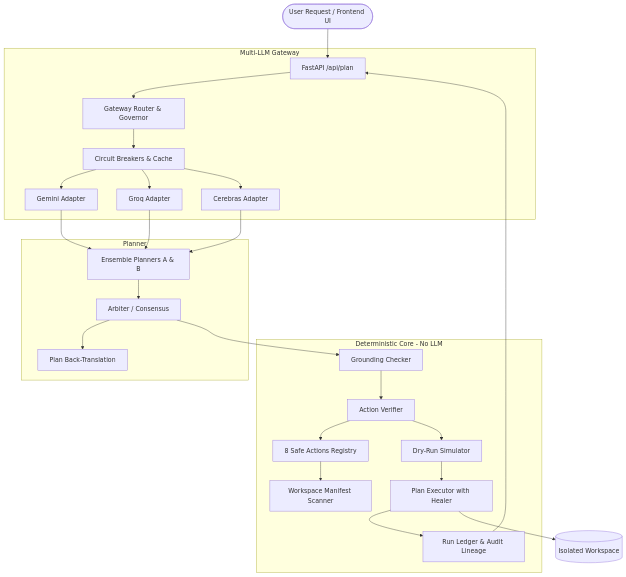
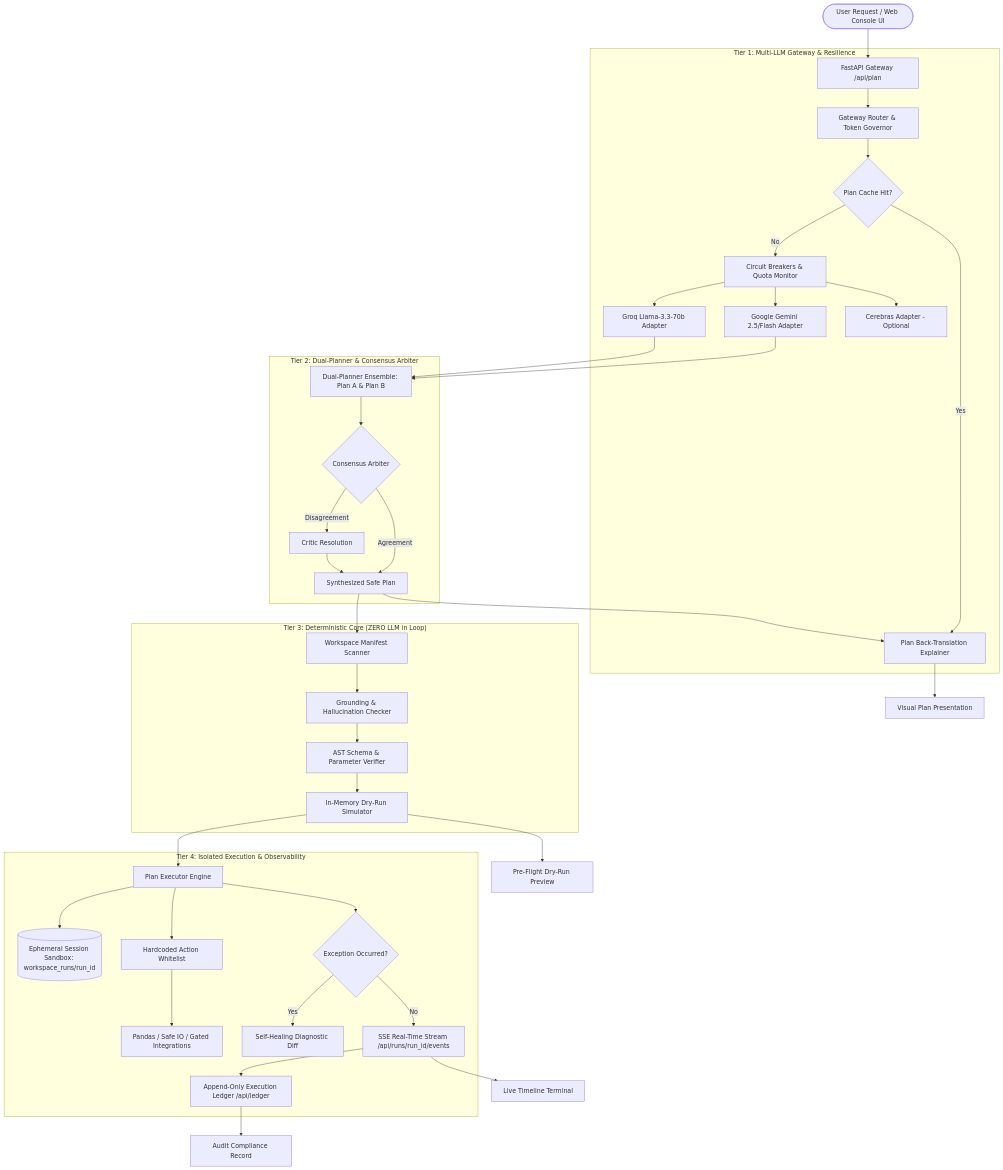
One commit to Davish-code/Hacktober-Fest changed the diagram in README.md. Above: the diagram before and after it, drawn with Mermaid. The commit also changed other lines of this file, not shown here.

````diff
--- a/README.md
+++ b/README.md
@@ -12,31 +85,46 @@
 ```mermaid
 flowchart TD
-    User([User Request / Frontend UI]) --> API[FastAPI /api/plan]
+    User([User Request / Web Console UI]) --> API[FastAPI Gateway /api/plan]
     
-    subgraph Multi-LLM Gateway
-        API --> Router[Gateway Router & Governor]
-        Router --> Breaker[Circuit Breakers & Cache]
-        Breaker --> Gemini[Gemini Adapter]
-        Breaker --> Groq[Groq Adapter]
-        Breaker --> Cerebras[Cerebras Adapter]
+    subgraph MultiLLMGateway ["Tier 1: Multi-LLM Gateway & Resilience"]
+        API --> Router[Gateway Router & Token Governor]
+        Router --> Cache{Plan Cache Hit?}
+        Cache -- Yes --> Explainer
+        Cache -- No --> Breaker[Circuit Breakers & Quota Monitor]
+        Breaker --> Gemini[Google Gemini 2.5/Flash Adapter]
+        Breaker --> Groq[Groq Llama-3.3-70b Adapter]
+        Breaker --> Cerebras[Cerebras Adapter - Optional]
     end
 
-    subgraph Planner
-        Gemini & Groq & Cerebras --> Ensemble[Ensemble Planners A & B]
-        Ensemble --> Arbiter[Arbiter / Consensus]
-        Arbiter --> Explain[Plan Back-Translation]
+    subgraph DualPlanner ["Tier 2: Dual-Planner & Consensus Arbiter"]
+        Gemini & Groq --> Ensemble[Dual-Planner Ensemble: Plan A & Plan B]
+        Ensemble --> Arbiter{Consensus Arbiter}
+        Arbiter -- Agreement --> SelectedPlan[Synthesized Safe Plan]
+        Arbiter -- Disagreement --> FallbackCritic[Critic Resolution]
+        FallbackCritic --> SelectedPlan
+        SelectedPlan --> Explainer[Plan Back-Translation Explainer]
     end
 
-    subgraph Deterministic Core [Deterministic Core - No LLM]
-        Arbiter --> Grounding[Grounding Checker]
-        Grounding --> Verifier[Action Verifier]
-        Verifier --> Registry[8 Safe Actions Registry]
-        Registry --> Manifest[Workspace Manifest Scanner]
-        Verifier --> DryRun[Dry-Run Simulator]
-        DryRun --> Executor[Plan Executor with Healer]
-        Executor --> Ledger[Run Ledger & Audit Lineage]
+    subgraph DeterministicCore ["Tier 3: Deterministic Core (ZERO LLM in Loop)"]
+        SelectedPlan --> ManifestScan[Workspace Manifest Scanner]
+        ManifestScan --> Grounding[Grounding & Hallucination Checker]
+        Grounding --> Verifier[AST Schema & Parameter Verifier]
+        Verifier --> DryRun[In-Memory Dry-Run Simulator]
     end
 
-    Executor --> Workspace[(Isolated Workspace)]
-    Ledger --> API
+    subgraph IsolatedExecution ["Tier 4: Isolated Execution & Observability"]
+        DryRun --> Executor[Plan Executor Engine]
+        Executor --> SessionSandbox[(Ephemeral Session Sandbox: workspace_runs/run_id)]
+        Executor --> ActionRegistry[Hardcoded Action Whitelist]
+        ActionRegistry --> SafeFuncs[Pandas / Safe IO / Gated Integrations]
+        Executor --> Healer{Exception Occurred?}
+        Healer -- Yes --> RepairDiff[Self-Healing Diagnostic Diff]
+        Healer -- No --> SSE[SSE Real-Time Stream /api/runs/run_id/events]
+        SSE --> Ledger[Append-Only Execution Ledger /api/ledger]
+    end
+
+    Explainer --> UI_Plan[Visual Plan Presentation]
+    DryRun --> UI_Preview[Pre-Flight Dry-Run Preview]
+    SSE --> UI_Console[Live Timeline Terminal]
+    Ledger --> AuditExport[Audit Compliance Record]
 ```
````
